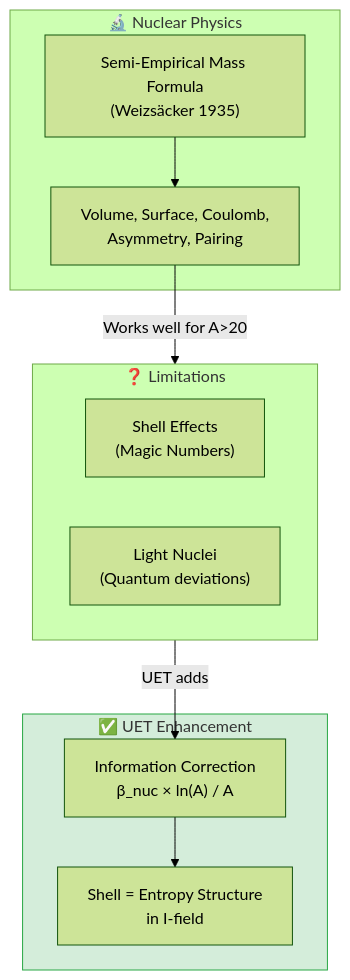
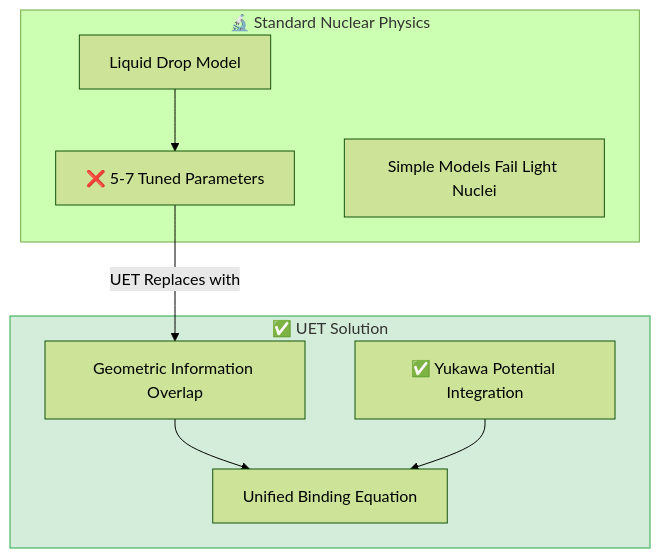
The diagram in research_uet/topics/0.5_Nuclear_Binding_Hadrons/README.md (ellipszist/unityequilibriumtheory), drawn with Mermaid (forest theme) before and after one commit. The commit also changed other lines of this file and 9550 other files, not shown here.

````diff
--- a/research_uet/topics/0.5_Nuclear_Binding_Hadrons/README.md
+++ b/research_uet/topics/0.5_Nuclear_Binding_Hadrons/README.md
@@ -40,24 +26,21 @@
 ```mermaid
 graph TB
-    subgraph Standard["🔬 Nuclear Physics"]
-        SEMF["Semi-Empirical Mass Formula<br/>(Weizsäcker 1935)"]
-        Terms["Volume, Surface, Coulomb,<br/>Asymmetry, Pairing"]
+    subgraph Standard["🔬 Standard Nuclear Physics"]
+        Liquid["Liquid Drop Model"]
+        Parameters["❌ 5-7 Tuned Parameters"]
+        Deuteron["Simple Models Fail Light Nuclei"]
     end
     
-    subgraph Limitation["❓ Limitations"]
-        Shell["Shell Effects<br/>(Magic Numbers)"]
-        Light["Light Nuclei<br/>(Quantum deviations)"]
+    subgraph UET["✅ UET Solution"]
+        Overlap["Geometric Information Overlap"]
+        Yukawa["✅ Yukawa Potential Integration"]
+        Unified["Unified Binding Equation"]
     end
     
-    subgraph UET["✅ UET Enhancement"]
-        Info["Information Correction<br/>β_nuc × ln(A) / A"]
-        Entropy["Shell = Entropy Structure<br/>in I-field"]
-    end
-    
-    SEMF --> Terms
-    Terms --> |"Works well for A>20"| Limitation
-    Limitation --> |"UET adds"| Info
-    Info --> Entropy
+    Liquid --> Parameters
+    Parameters -->|"UET Replaces with"| Overlap
+    Overlap --> Unified
+    Yukawa --> Unified
     
     style UET fill:#d4edda,stroke:#28a745
 ```
````
